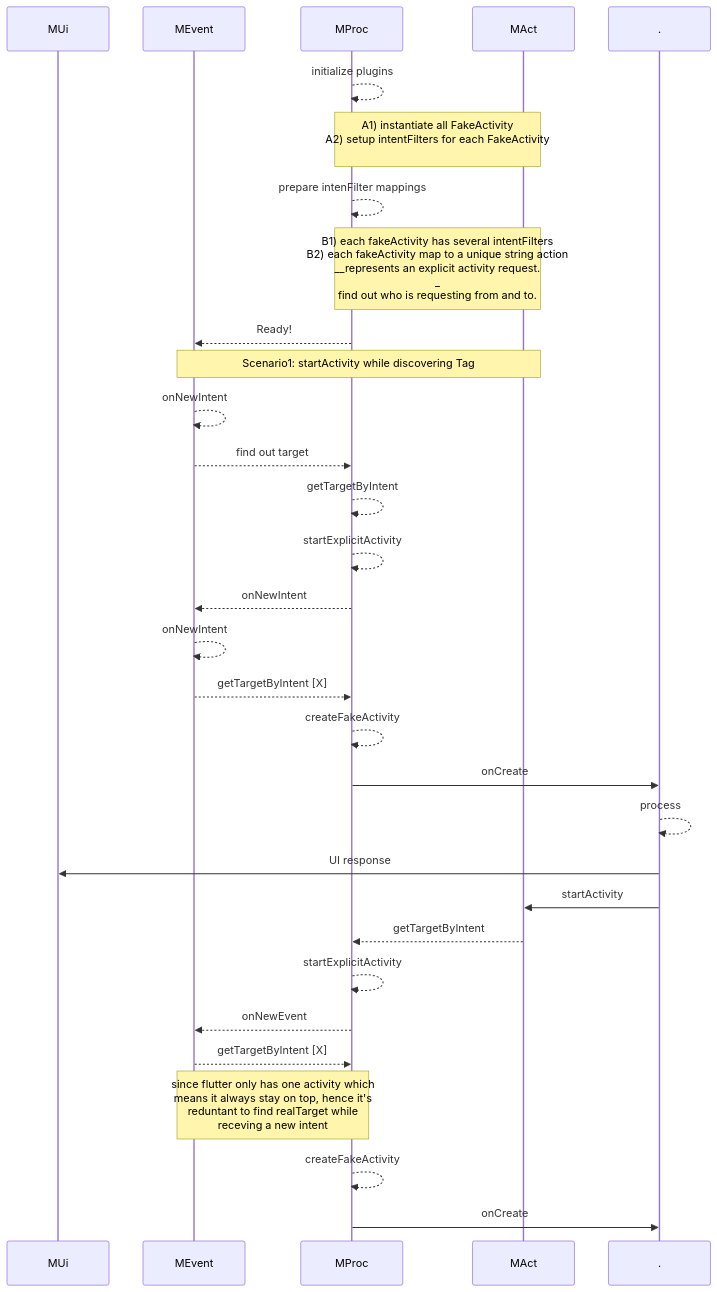
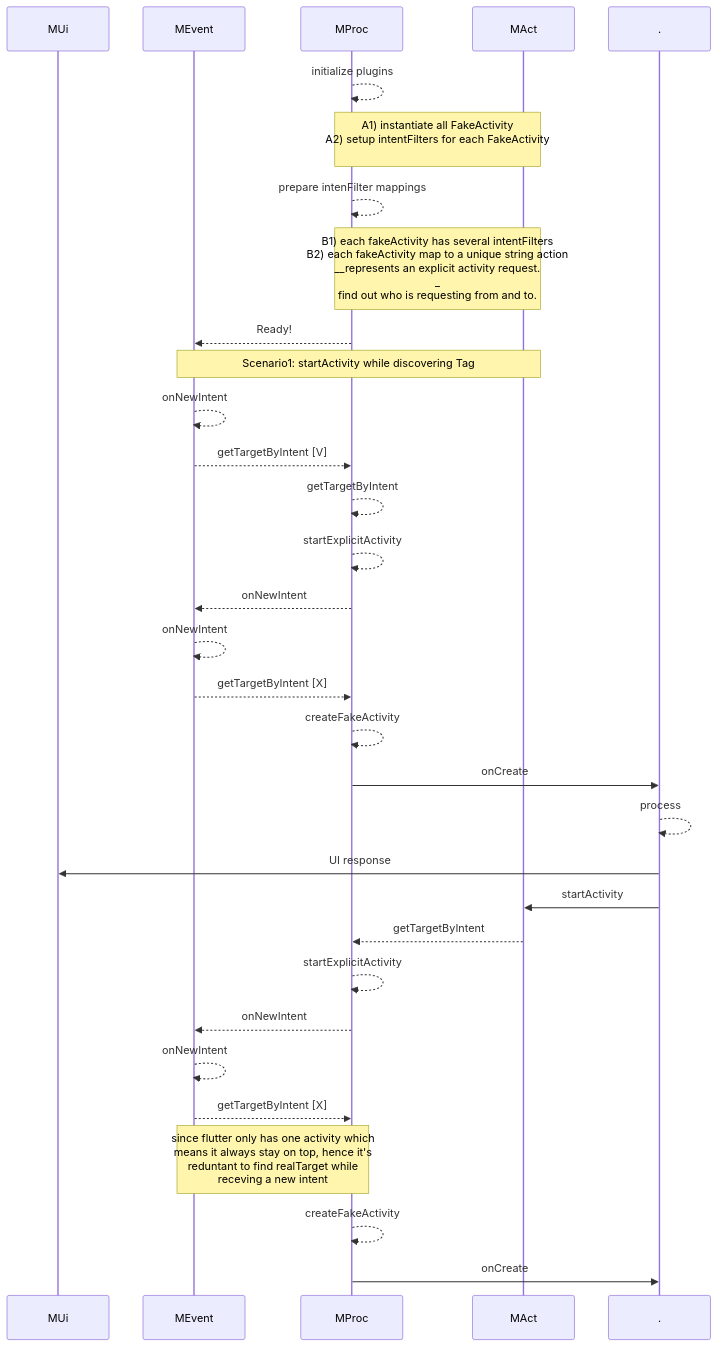
The third of 6 diagrams in flutter/android_to_flutter.md (gordianknotC/nxp_note), drawn with Mermaid before and after one commit. The commit also changed other lines of this file, not shown here.

Commit message:
flutter/android_to_flutter.md updated from https://stackedit.io/

````diff
--- a/flutter/android_to_flutter.md
+++ b/flutter/android_to_flutter.md
@@ -50,42 +50,43 @@
 ```mermaid
 sequenceDiagram
 participant MUi
 participant MEvent
 participant MProc
 participant MAct
 participant .
 
 MProc-->>MProc: initialize plugins
 Note over MProc,MAct: A1) instantiate all FakeActivity<br>A2) setup intentFilters for each FakeActivity<br>
 
 MProc-->>MProc: prepare intenFilter mappings
 Note over MProc, MAct: B1) each fakeActivity has several intentFilters<br>B2) each fakeActivity map to a unique string action<br>__represents an explicit activity request.<br>_<br> find out who is requesting from and to.
 
 MProc-->>MEvent: Ready!
 
 Note over MEvent, MAct: Scenario1: startActivity while discovering Tag
 MEvent-->>MEvent: onNewIntent
-MEvent-->>MProc: find out target
+MEvent-->>MProc: getTargetByIntent [V]
 MProc-->>MProc: getTargetByIntent
 MProc-->>MProc: startExplicitActivity
 MProc-->>MEvent: onNewIntent
 MEvent-->>MEvent: onNewIntent
 MEvent-->>MProc: getTargetByIntent [X]
 
 MProc-->>MProc: createFakeActivity
 MProc->> . : onCreate
 . -->> . : process
 . ->> MUi: UI response
 . ->> MAct: startActivity
 MAct -->> MProc: getTargetByIntent
 MProc -->> MProc: startExplicitActivity
-MProc -->> MEvent: onNewEvent
+MProc -->> MEvent: onNewIntent
+MEvent -->> MEvent: onNewIntent
 MEvent -->> MProc: getTargetByIntent [X]
 
 Note over MEvent, MProc: since flutter only has one activity which<br> means it always stay on top, hence it's<br> reduntant to find realTarget while <br>receving a new intent
 
 MProc -->> MProc: createFakeActivity
 MProc ->> . : onCreate
 
 
 ```
````
